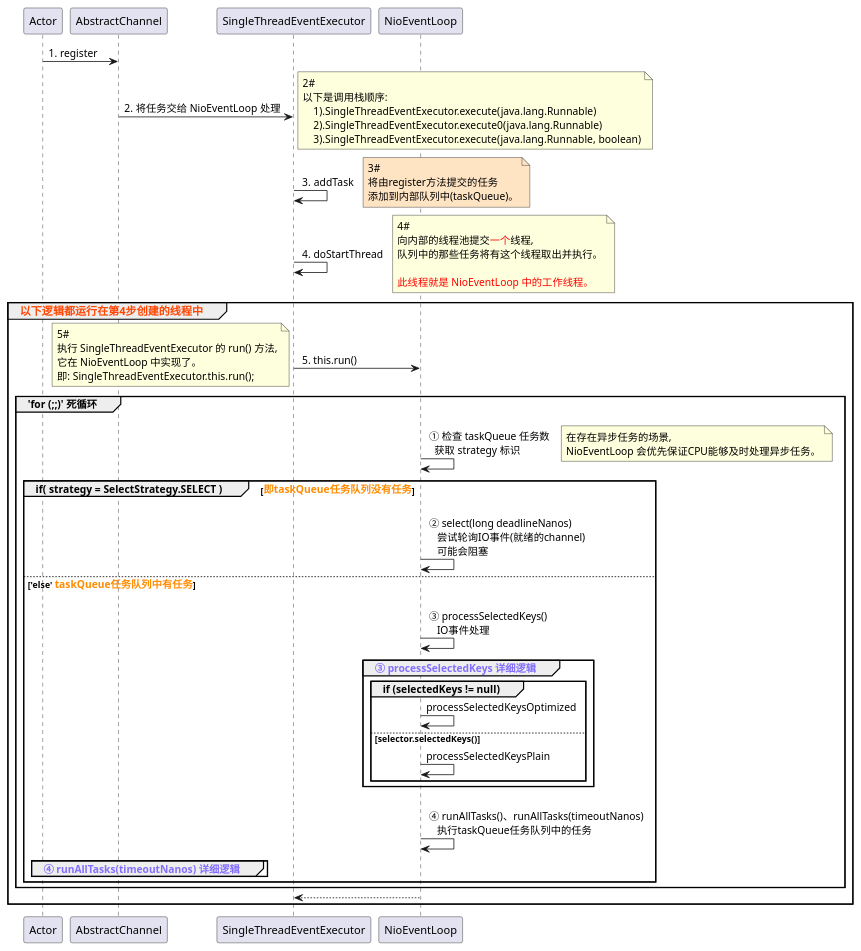
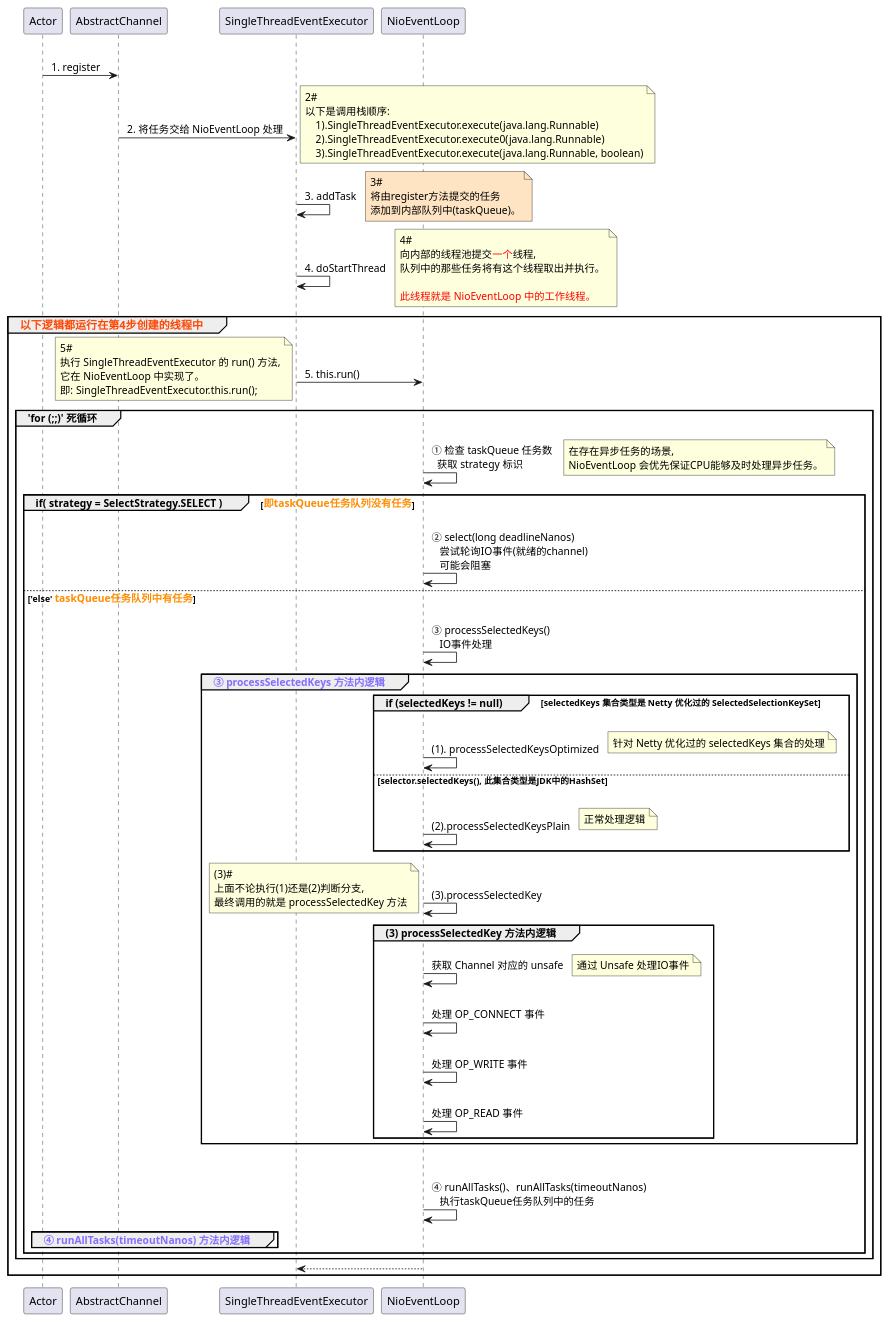
One commit to Simba-cheng/netty changed the diagram in puml/NioEventLoop#run.puml. Above: the diagram before and after it, drawn with PlantUML.

Commit message:
refactor(code): 源码添加注释、流程图、类图

```diff
--- a/puml/NioEventLoop#run.puml
+++ b/puml/NioEventLoop#run.puml
@@ -2,73 +2,95 @@
 @startuml participant
 
-Actor -> AbstractChannel: 1. register
+Actor -> AbstractChannel: \n 1. register
 
-AbstractChannel -> SingleThreadEventExecutor: 2. 将任务交给 NioEventLoop 处理
+AbstractChannel -> SingleThreadEventExecutor: \n 2. 将任务交给 NioEventLoop 处理
 note right
 2#
 以下是调用栈顺序:
     1).SingleThreadEventExecutor.execute(java.lang.Runnable)
     2).SingleThreadEventExecutor.execute0(java.lang.Runnable)
     3).SingleThreadEventExecutor.execute(java.lang.Runnable, boolean)
 end note
 
 SingleThreadEventExecutor -> SingleThreadEventExecutor: \n 3. addTask
 note right #FFE4C4
 3#
 将由register方法提交的任务
 添加到内部队列中(taskQueue)。
 end note
 
 SingleThreadEventExecutor -> SingleThreadEventExecutor: \n 4. doStartThread
 note right
 4#
 向内部的线程池提交<color:#FF0000>一个</color>线程,
 队列中的那些任务将有这个线程取出并执行。
 
 <color:#FF0000>此线程就是 NioEventLoop 中的工作线程。</color>
 end note
 
 group <size:14><color:#FF4500>以下逻辑都运行在第4步创建的线程中</color></size>
 
 SingleThreadEventExecutor -> NioEventLoop: \n 5. this.run()
 note left
 5#
 执行 SingleThreadEventExecutor 的 run() 方法,
 它在 NioEventLoop 中实现了。
 即: SingleThreadEventExecutor.this.run();
 end note
 
 ' ----- 分割线 -----
 group 'for (;;)' 死循环
     NioEventLoop -> NioEventLoop: \n ① 检查 taskQueue 任务数 \n   获取 strategy 标识
     note right
     在存在异步任务的场景,
     NioEventLoop 会优先保证CPU能够及时处理异步任务。
     end note
 
     group if( strategy = SelectStrategy.SELECT ) [<size:13><color:#FF8C00>即taskQueue任务队列没有任务</color></size>]
         NioEventLoop -> NioEventLoop: \n ② select(long deadlineNanos) \n    尝试轮询IO事件(就绪的channel) \n    可能会阻塞
     else 'else' <size:13><color:#FF8C00>taskQueue任务队列中有任务</color></size>
 
         NioEventLoop -> NioEventLoop: \n ③ processSelectedKeys() \n    IO事件处理
-        group <color:#836FFF>③ processSelectedKeys 详细逻辑</color>
+        group <color:#836FFF>③ processSelectedKeys 方法内逻辑</color>
 
-            group if (selectedKeys != null)
-                NioEventLoop -> NioEventLoop: processSelectedKeysOptimized
-            else selector.selectedKeys()
-                NioEventLoop -> NioEventLoop: processSelectedKeysPlain
+            group if (selectedKeys != null) [selectedKeys 集合类型是 Netty 优化过的 SelectedSelectionKeySet]
+                NioEventLoop -> NioEventLoop: \n\n (1). processSelectedKeysOptimized
+                note right
+                针对 Netty 优化过的 selectedKeys 集合的处理
+                end note
+            else selector.selectedKeys(), 此集合类型是JDK中的HashSet
+                NioEventLoop -> NioEventLoop: \n\n (2).processSelectedKeysPlain
+                note right
+                正常处理逻辑
+                end note
+            end
+
+            NioEventLoop -> NioEventLoop: \n\n (3).processSelectedKey
+            note left
+            (3)#
+            上面不论执行(1)还是(2)判断分支,
+            最终调用的就是 processSelectedKey 方法
+            end note
+            group (3) processSelectedKey 方法内逻辑
+                NioEventLoop -> NioEventLoop: \n 获取 Channel 对应的 unsafe
+                note right
+                通过 Unsafe 处理IO事件
+                end note
+                NioEventLoop -> NioEventLoop: \n 处理 OP_CONNECT 事件
+                NioEventLoop -> NioEventLoop: \n 处理 OP_WRITE 事件
+                NioEventLoop -> NioEventLoop: \n 处理 OP_READ 事件
             end
 
         end
 
-        NioEventLoop -> NioEventLoop: \n ④ runAllTasks()、runAllTasks(timeoutNanos) \n    执行taskQueue任务队列中的任务
-        group <color:#836FFF>④ runAllTasks(timeoutNanos) 详细逻辑</color>
+        NioEventLoop -> NioEventLoop: \n\n ④ runAllTasks()、runAllTasks(timeoutNanos) \n    执行taskQueue任务队列中的任务
+        group <color:#836FFF>④ runAllTasks(timeoutNanos) 方法内逻辑</color>
         end
     end
 end
 ' ----- 分割线 -----
 
 
 SingleThreadEventExecutor <-- NioEventLoop
 end
 @enduml
```
